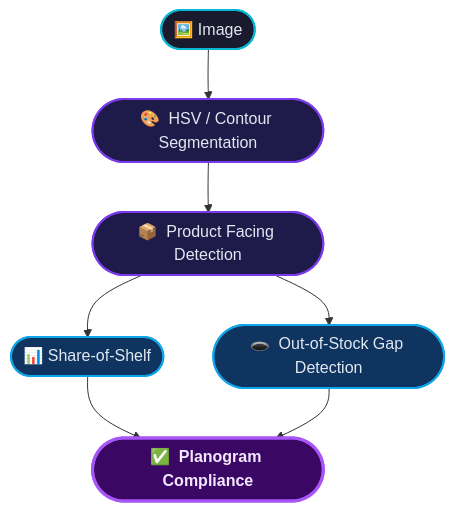
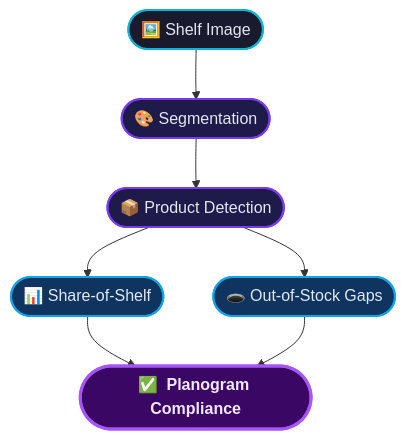
One commit to jackson-marcus/jackson-marcus changed the third of 3 diagrams in README.md. Above: the diagram before and after it, drawn with Mermaid. The commit also changed other lines of this file, not shown here.

````diff
--- a/README.md
+++ b/README.md
@@ -328,14 +341,14 @@
 ```mermaid
 flowchart TD
-    A(["🖼️  Image"]):::data --> B(["🎨  HSV / Contour Segmentation"]):::proc
-    B --> C(["📦  Product Facing Detection"]):::proc
+    A(["🖼️  Shelf Image"]):::data --> B(["🎨  Segmentation"]):::proc
+    B --> C(["📦  Product Detection"]):::proc
     C --> D(["📊  Share-of-Shelf"]):::metric
-    C --> E(["🕳️  Out-of-Stock Gap Detection"]):::metric
+    C --> E(["🕳️  Out-of-Stock Gaps"]):::metric
     D --> F(["✅  Planogram Compliance"]):::output
     E --> F
 
     classDef data fill:#1a1a2e,stroke:#06b6d4,stroke-width:2px,color:#e2e8f0
     classDef proc fill:#1e1b4b,stroke:#7c3aed,stroke-width:2px,color:#e2e8f0
     classDef metric fill:#0f3460,stroke:#0ea5e9,stroke-width:2px,color:#e2e8f0
     classDef output fill:#3b0764,stroke:#a855f7,stroke-width:3px,color:#f3e8ff,font-weight:bold
 ```
````
